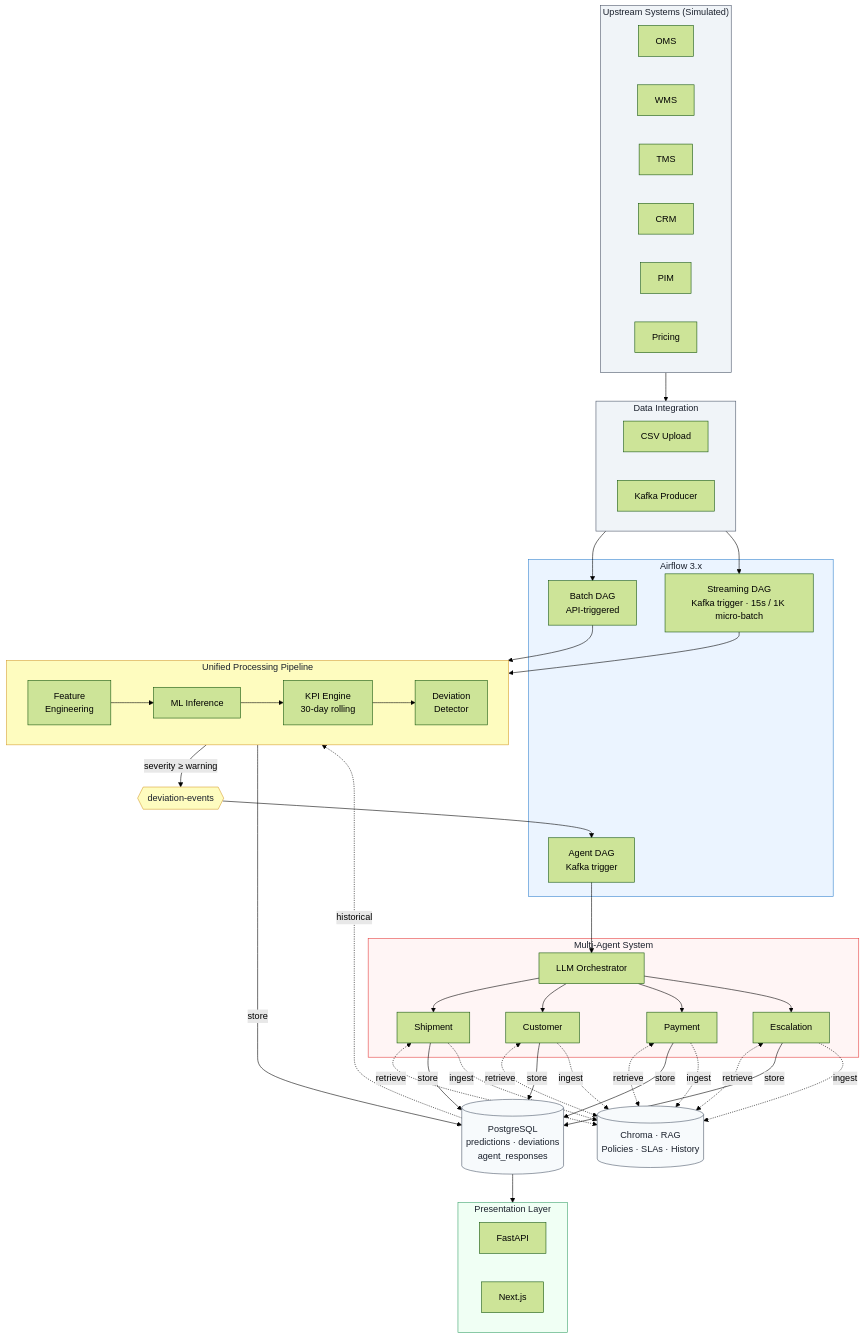
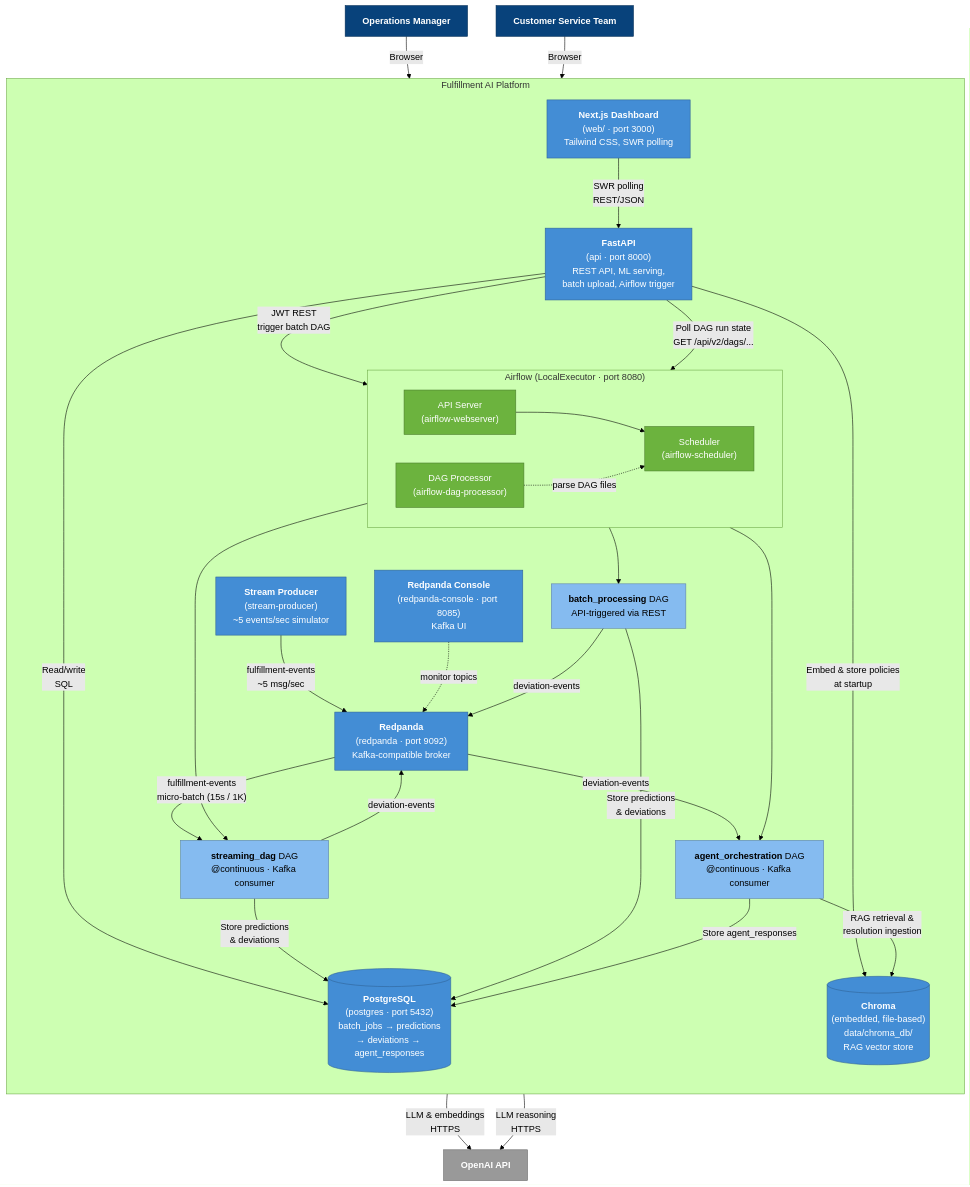
The second of 3 diagrams in docs/ARCHITECTURE.md (scriperdj/fulfillment_ai), drawn with Mermaid (forest theme) before and after one commit. The commit also changed other lines of this file and 5 other files, not shown here.

Commit message:
updated arch diagram to c4 & upload ui

````diff
--- a/docs/ARCHITECTURE.md
+++ b/docs/ARCHITECTURE.md
@@ -18,80 +52,90 @@
 ```mermaid
-flowchart TD
-    subgraph UPSTREAM["Upstream Systems (Simulated)"]
-        direction LR
-        OMS["OMS"]
-        WMS["WMS"]
-        TMS["TMS"]
-        CRM["CRM"]
-        PIM["PIM"]
-        PRICING["Pricing"]
+graph TB
+    OPS["<b>Operations Manager</b>"]
+    CS["<b>Customer Service Team</b>"]
+    OPENAI["<b>OpenAI API</b>"]
+
+    subgraph PLATFORM["Fulfillment AI Platform"]
+        direction TB
+
+        WEB["<b>Next.js Dashboard</b><br/>(web/ · port 3000)<br/>Tailwind CSS, SWR polling"]
+
+        API["<b>FastAPI</b><br/>(api · port 8000)<br/>REST API, ML serving,<br/>batch upload, Airflow trigger"]
+
+        subgraph AIRFLOW["Airflow (LocalExecutor · port 8080)"]
+            direction LR
+            AF_API["API Server<br/>(airflow-webserver)"]
+            AF_SCHED["Scheduler<br/>(airflow-scheduler)"]
+            AF_DAG["DAG Processor<br/>(airflow-dag-processor)"]
+        end
+
+        BATCH_DAG["<b>batch_processing</b> DAG<br/>API-triggered via REST"]
+        STREAM_DAG["<b>streaming_dag</b> DAG<br/>@continuous · Kafka consumer"]
+        AGENT_DAG["<b>agent_orchestration</b> DAG<br/>@continuous · Kafka consumer"]
+
+        PRODUCER["<b>Stream Producer</b><br/>(stream-producer)<br/>~5 events/sec simulator"]
+
+        REDPANDA["<b>Redpanda</b><br/>(redpanda · port 9092)<br/>Kafka-compatible broker"]
+
+        RP_CONSOLE["<b>Redpanda Console</b><br/>(redpanda-console · port 8085)<br/>Kafka UI"]
+
+        PG[("<b>PostgreSQL</b><br/>(postgres · port 5432)<br/>batch_jobs → predictions<br/>→ deviations → agent_responses")]
+
+        CHROMA[("<b>Chroma</b><br/>(embedded, file-based)<br/>data/chroma_db/<br/>RAG vector store")]
     end
 
-    subgraph INTEGRATION["Data Integration"]
-        direction LR
-        CSV["CSV Upload"]
-        PRODUCER["Kafka Producer"]
-    end
+    %% External actor flows
+    OPS -- "Browser" --> WEB
+    CS -- "Browser" --> WEB
+    WEB -- "SWR polling<br/>REST/JSON" --> API
 
-    subgraph AIRFLOW["Airflow 3.x"]
-        BATCH_DAG["Batch DAG<br/>API-triggered"]
-        STREAM_DAG["Streaming DAG<br/>Kafka trigger · 15s / 1K micro-batch"]
-        AGENT_DAG["Agent DAG<br/>Kafka trigger"]
-    end
+    %% API flows
+    API -- "JWT REST<br/>trigger batch DAG" --> AF_API
+    API -- "Poll DAG run state<br/>GET /api/v2/dags/..." --> AF_API
+    API -- "Read/write<br/>SQL" --> PG
+    API -- "Embed & store policies<br/>at startup" --> CHROMA
+    API -- "LLM & embeddings<br/>HTTPS" --> OPENAI
 
-    subgraph PIPELINE["Unified Processing Pipeline"]
-        direction LR
-        FE["Feature<br/>Engineering"] --> INFER["ML Inference"] --> KPIE["KPI Engine<br/>30-day rolling"] --> DETECT["Deviation<br/>Detector"]
-    end
+    %% Airflow internals
+    AF_API --> AF_SCHED
+    AF_SCHED --> BATCH_DAG
+    AF_SCHED --> STREAM_DAG
+    AF_SCHED --> AGENT_DAG
+    AF_DAG -. "parse DAG files" .-> AF_SCHED
 
-    PG[("PostgreSQL<br/>predictions · deviations<br/>agent_responses")]
+    %% Producer → Redpanda
+    PRODUCER -- "fulfillment-events<br/>~5 msg/sec" --> REDPANDA
 
-    DEV_TOPIC{{"deviation-events"}}
+    %% Redpanda Console
+    RP_CONSOLE -. "monitor topics" .-> REDPANDA
 
-    subgraph AGENTS["Multi-Agent System"]
-        ORCH["LLM Orchestrator"]
-        SHIP["Shipment"]
-        CUST["Customer"]
-        PAY["Payment"]
-        ESC["Escalation"]
-        ORCH --> SHIP & CUST & PAY & ESC
-    end
+    %% Streaming DAG
+    REDPANDA -- "fulfillment-events<br/>micro-batch (15s / 1K)" --> STREAM_DAG
+    STREAM_DAG -- "Store predictions<br/>& deviations" --> PG
+    STREAM_DAG -- "deviation-events" --> REDPANDA
 
-    RAG[("Chroma · RAG<br/>Policies · SLAs · History")]
+    %% Batch DAG
+    BATCH_DAG -- "Store predictions<br/>& deviations" --> PG
+    BATCH_DAG -- "deviation-events" --> REDPANDA
 
-    subgraph PRESENTATION["Presentation Layer"]
-        direction LR
-        API["FastAPI"]
-        DASH["Next.js"]
-    end
+    %% Agent DAG
+    REDPANDA -- "deviation-events" --> AGENT_DAG
+    AGENT_DAG -- "LLM reasoning<br/>HTTPS" --> OPENAI
+    AGENT_DAG -- "RAG retrieval &<br/>resolution ingestion" --> CHROMA
+    AGENT_DAG -- "Store agent_responses" --> PG
 
-    UPSTREAM --> INTEGRATION
-    CSV --> BATCH_DAG
-    PRODUCER --> STREAM_DAG
-    BATCH_DAG & STREAM_DAG --> PIPELINE
-    PIPELINE -- store --> PG
-    PG -. historical .-> KPIE
-    DETECT -- severity ≥ warning --> DEV_TOPIC
-    DEV_TOPIC --> AGENT_DAG
-    AGENT_DAG --> ORCH
-    SHIP & CUST & PAY & ESC <-. retrieve .-> RAG
-    SHIP & CUST & PAY & ESC -- store --> PG
-    SHIP & CUST & PAY & ESC -. ingest .-> RAG
-    PG --> PRESENTATION
+    classDef actor fill:#08427b,stroke:#052e56,color:#fff
+    classDef container fill:#438dd5,stroke:#2e6295,color:#fff
+    classDef datastore fill:#438dd5,stroke:#2e6295,color:#fff
+    classDef external fill:#999999,stroke:#6b6b6b,color:#fff
+    classDef dag fill:#85bbf0,stroke:#5d82a8,color:#000
+    classDef infra fill:#6cb33e,stroke:#4a7d2b,color:#fff
 
-    classDef infra fill:#f0f4f8,stroke:#4a5568,color:#1a202c
-    classDef orchestration fill:#ebf4ff,stroke:#3182ce,color:#1a202c
-    classDef processing fill:#fefcbf,stroke:#d69e2e,color:#1a202c
-    classDef agents fill:#fff5f5,stroke:#e53e3e,color:#1a202c
-    classDef output fill:#f0fff4,stroke:#38a169,color:#1a202c
-    classDef store fill:#f7fafc,stroke:#4a5568,color:#1a202c
-    classDef event fill:#fefcbf,stroke:#d69e2e,color:#1a202c
-
-    class UPSTREAM,INTEGRATION infra
-    class AIRFLOW orchestration
-    class PIPELINE processing
-    class AGENTS agents
-    class PRESENTATION output
-    class PG,RAG store
-    class DEV_TOPIC event
+    class OPS,CS actor
+    class WEB,API,PRODUCER container
+    class AF_API,AF_SCHED,AF_DAG infra
+    class BATCH_DAG,STREAM_DAG,AGENT_DAG dag
+    class REDPANDA,RP_CONSOLE container
+    class PG,CHROMA datastore
+    class OPENAI external
 ```
````
